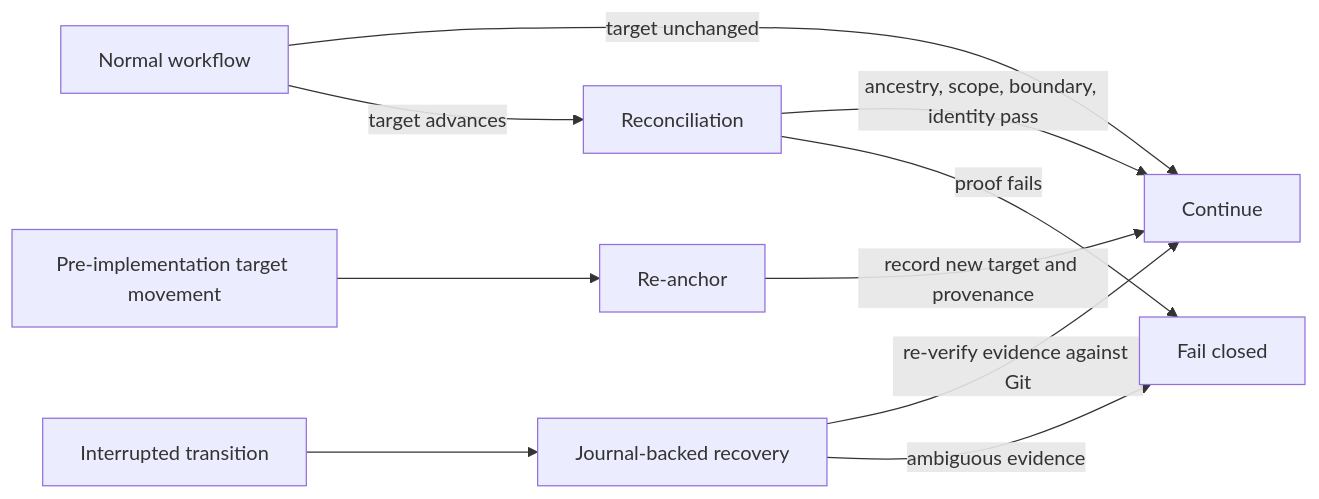
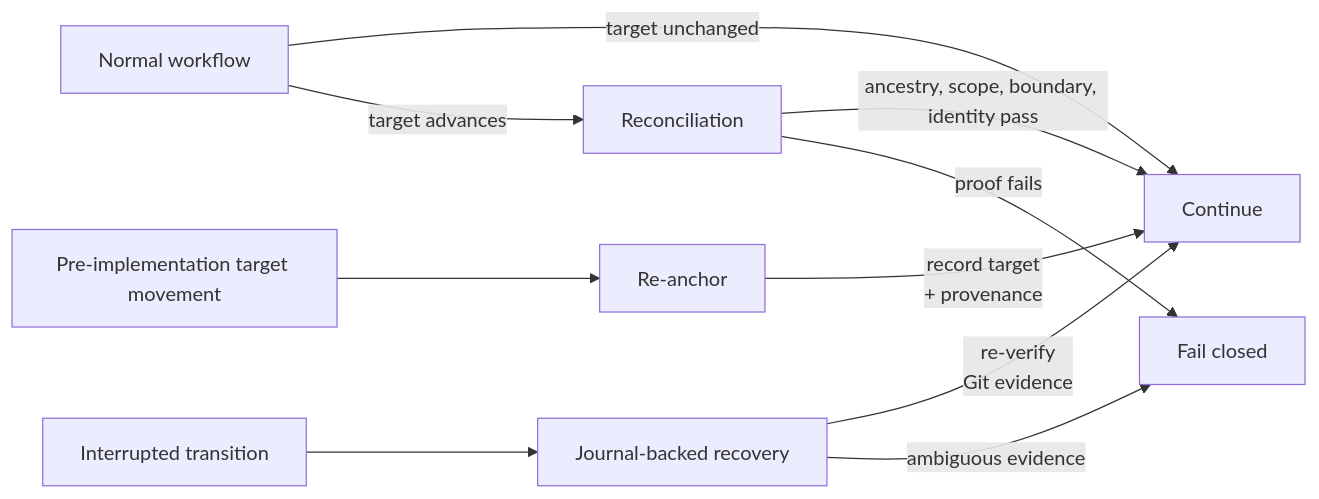
The fourth of 4 diagrams in docs/engineering/agent-workflow-architecture.md (NathanZK/ChessEcho), drawn with Mermaid before and after one commit. The commit also changed other lines of this file, not shown here.

Commit message:
Fix Mermaid edge label rendering

````diff
--- a/docs/engineering/agent-workflow-architecture.md
+++ b/docs/engineering/agent-workflow-architecture.md
@@ -123,12 +123,12 @@
 ```mermaid
 flowchart LR
     N[Normal workflow] -->|target unchanged| P[Continue]
     N -->|target advances| Q[Reconciliation]
     Q -->|ancestry, scope, boundary, identity pass| P
     Q -->|proof fails| F[Fail closed]
     A[Pre-implementation target movement] --> R[Re-anchor]
-    R -->|record new target and provenance| P
+    R -->|record target<br/>+ provenance| P
     J[Interrupted transition] --> E[Journal-backed recovery]
-    E -->|re-verify evidence against Git| P
+    E -->|re-verify<br/>Git evidence| P
     E -->|ambiguous evidence| F
 ```
````
